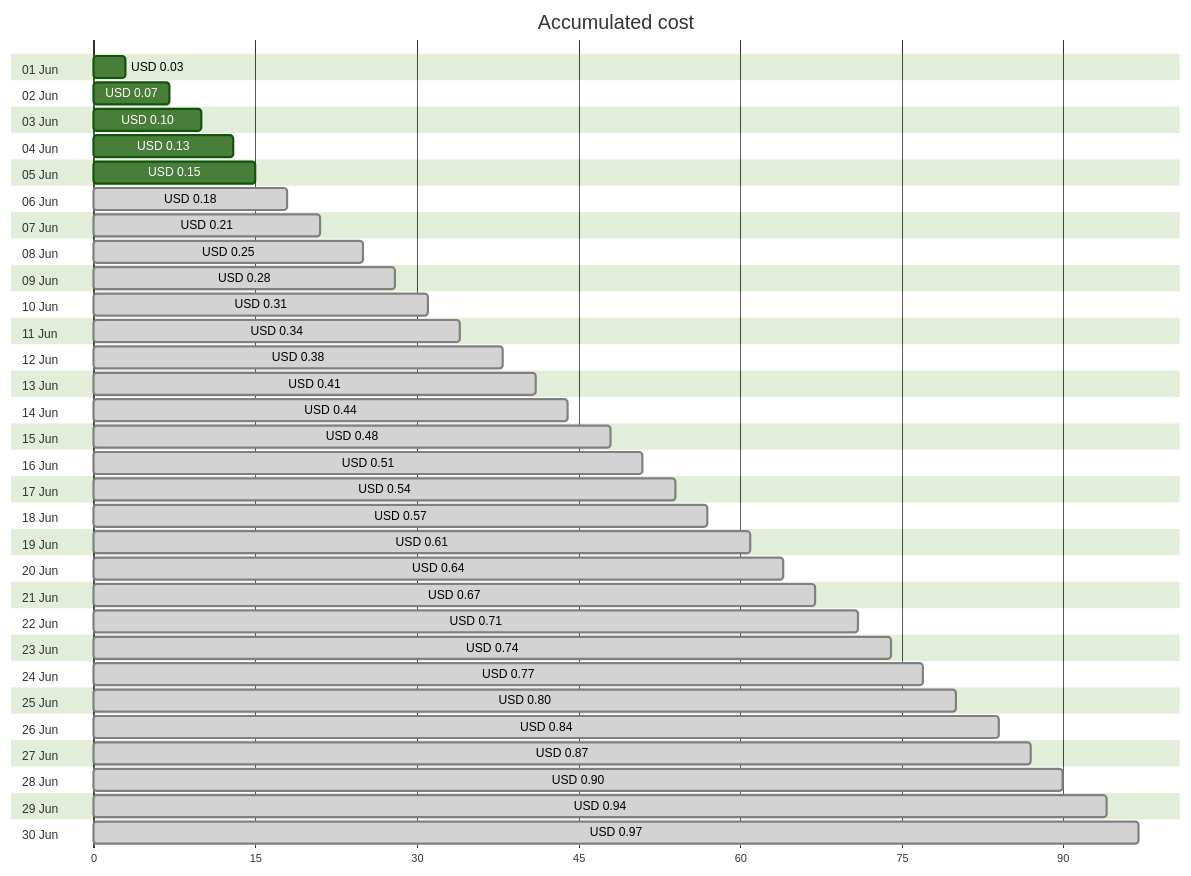
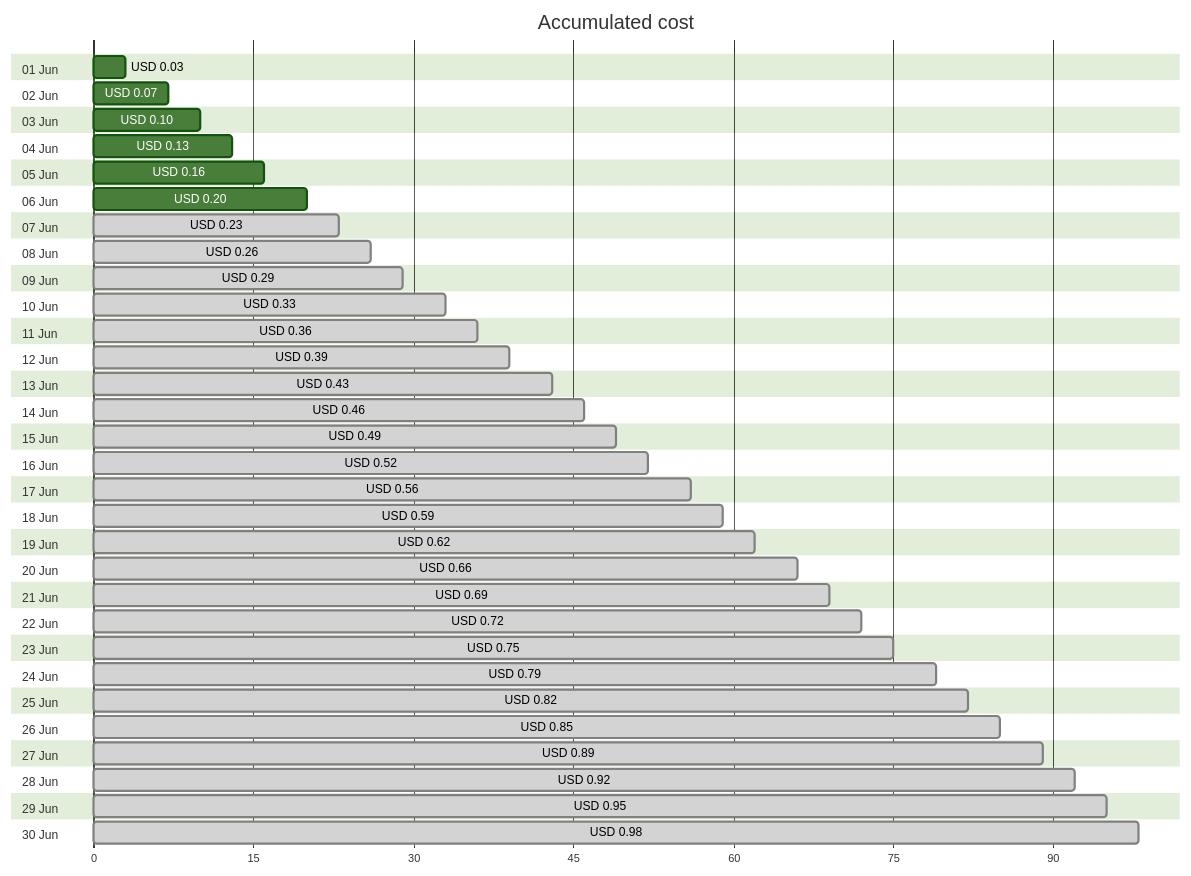
Before and after one commit to jpfulton/azure-personal-reports: the first of 4 diagrams in cost-reports/personal-dns/README.md, drawn with Mermaid (forest theme). The commit also changed other lines of this file and 2 other files, not shown here.

Commit message:
Generated reports [skip ci]

````diff
--- a/cost-reports/personal-dns/README.md
+++ b/cost-reports/personal-dns/README.md
@@ -20,66 +20,66 @@
 ```mermaid
 gantt
    title Accumulated cost
    dateFormat  X
    axisFormat %s
    section 01 Jun
    USD 0.03 :0, 3
    section 02 Jun
    USD 0.07 :0, 7
    section 03 Jun
    USD 0.10 :0, 10
    section 04 Jun
    USD 0.13 :0, 13
    section 05 Jun
-   USD 0.15 :0, 15
+   USD 0.16 :0, 16
    section 06 Jun
-   USD 0.18 : done, 0, 18
+   USD 0.20 :0, 20
    section 07 Jun
-   USD 0.21 : done, 0, 21
+   USD 0.23 : done, 0, 23
    section 08 Jun
-   USD 0.25 : done, 0, 25
+   USD 0.26 : done, 0, 26
    section 09 Jun
-   USD 0.28 : done, 0, 28
+   USD 0.29 : done, 0, 29
    section 10 Jun
-   USD 0.31 : done, 0, 31
+   USD 0.33 : done, 0, 33
    section 11 Jun
-   USD 0.34 : done, 0, 34
+   USD 0.36 : done, 0, 36
    section 12 Jun
-   USD 0.38 : done, 0, 38
+   USD 0.39 : done, 0, 39
    section 13 Jun
-   USD 0.41 : done, 0, 41
+   USD 0.43 : done, 0, 43
    section 14 Jun
-   USD 0.44 : done, 0, 44
+   USD 0.46 : done, 0, 46
    section 15 Jun
-   USD 0.48 : done, 0, 48
+   USD 0.49 : done, 0, 49
    section 16 Jun
-   USD 0.51 : done, 0, 51
+   USD 0.52 : done, 0, 52
    section 17 Jun
-   USD 0.54 : done, 0, 54
+   USD 0.56 : done, 0, 56
    section 18 Jun
-   USD 0.57 : done, 0, 57
+   USD 0.59 : done, 0, 59
    section 19 Jun
-   USD 0.61 : done, 0, 61
+   USD 0.62 : done, 0, 62
    section 20 Jun
-   USD 0.64 : done, 0, 64
+   USD 0.66 : done, 0, 66
    section 21 Jun
-   USD 0.67 : done, 0, 67
+   USD 0.69 : done, 0, 69
    section 22 Jun
-   USD 0.71 : done, 0, 71
+   USD 0.72 : done, 0, 72
    section 23 Jun
-   USD 0.74 : done, 0, 74
+   USD 0.75 : done, 0, 75
    section 24 Jun
-   USD 0.77 : done, 0, 77
+   USD 0.79 : done, 0, 79
    section 25 Jun
-   USD 0.80 : done, 0, 80
+   USD 0.82 : done, 0, 82
    section 26 Jun
-   USD 0.84 : done, 0, 84
+   USD 0.85 : done, 0, 85
    section 27 Jun
-   USD 0.87 : done, 0, 87
+   USD 0.89 : done, 0, 89
    section 28 Jun
-   USD 0.90 : done, 0, 90
+   USD 0.92 : done, 0, 92
    section 29 Jun
-   USD 0.94 : done, 0, 94
+   USD 0.95 : done, 0, 95
    section 30 Jun
-   USD 0.97 : done, 0, 97
+   USD 0.98 : done, 0, 98
 ```
````
